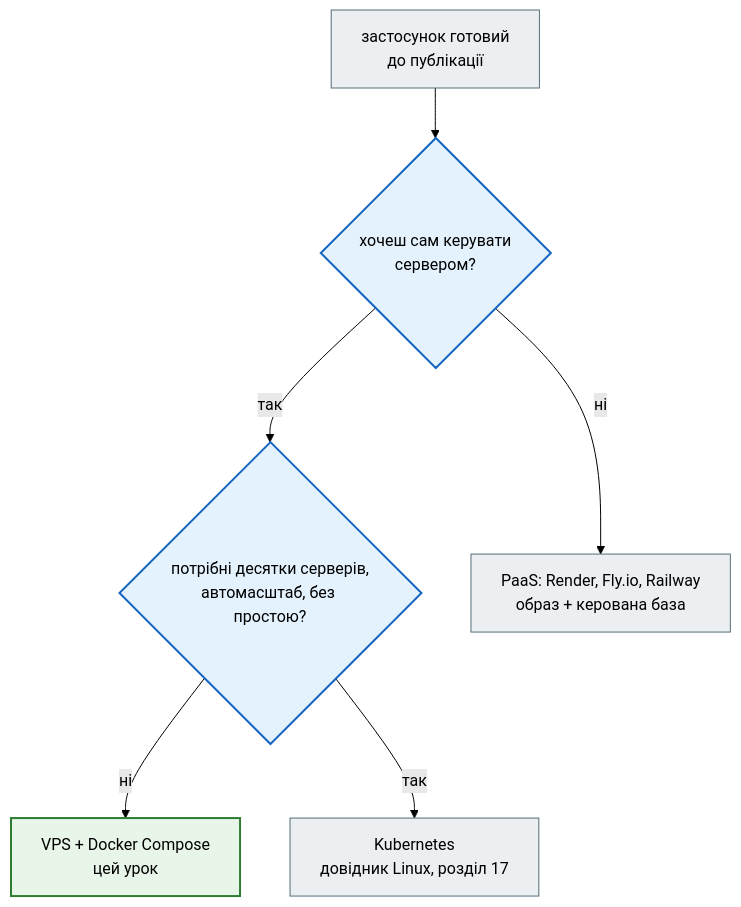
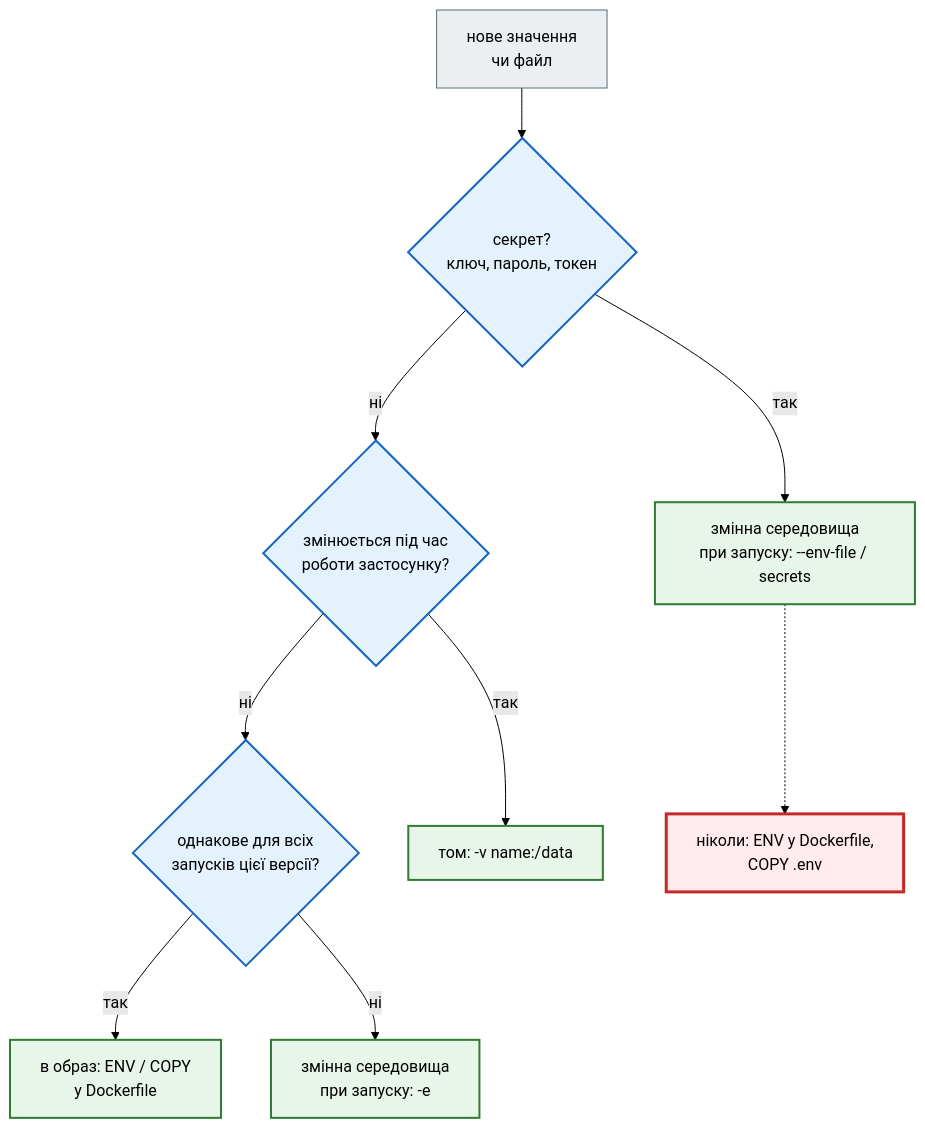
One commit to AlinaRadchenko/PY-Course-Victor-Nikoriak-22-09-2026 changed the fifth of 5 diagrams in docs/modules/m5/lesson_49.md. Above: the diagram before and after it, drawn with Mermaid (forest theme). The commit also changed other lines of this file and 1846 other files, not shown here.

````diff
--- a/docs/modules/m5/lesson_49.md
+++ b/docs/modules/m5/lesson_49.md
@@ -690,25 +536,32 @@
 ```mermaid
 flowchart TD
     classDef step     fill:#eceff1,stroke:#546e7a,stroke-width:1px;
     classDef decision fill:#e3f2fd,stroke:#1565c0,stroke-width:2px;
     classDef success  fill:#e8f5e9,stroke:#2e7d32,stroke-width:2px;
     classDef error    fill:#ffebee,stroke:#c62828,stroke-width:3px;
     classDef warning  fill:#fff8e1,stroke:#e65100,stroke-width:2px;
 
-    Q0["застосунок готовий<br>до публікації"]
-    Q1{"хочеш сам керувати<br>сервером?"}
-    Q2{"потрібні десятки серверів,<br>автомасштаб, без простою?"}
-    P["PaaS: Render, Fly.io, Railway<br>образ + керована база"]
-    C["VPS + Docker Compose<br>цей урок"]
-    K["Kubernetes<br>довідник Linux, розділ 17"]
+    Q0["нове значення<br>чи файл"]
+    Q1{"секрет?<br>ключ, пароль, токен"}
+    Q2{"однакове для всіх<br>запусків цієї версії?"}
+    Q3{"змінюється під час<br>роботи застосунку?"}
+    A1["змінна середовища<br>при запуску: --env-file / secrets"]
+    A2["в образ: ENV / COPY<br>у Dockerfile"]
+    A3["том: -v name:/data"]
+    A4["змінна середовища<br>при запуску: -e"]
+    X["ніколи: ENV у Dockerfile,<br>COPY .env"]
+
     Q0 --> Q1
-    Q1 -->|ні| P
-    Q1 -->|так| Q2
-    Q2 -->|ні| C
-    Q2 -->|так| K
+    Q1 -->|так| A1
+    A1 -.-> X
+    Q1 -->|ні| Q3
+    Q3 -->|так| A3
+    Q3 -->|ні| Q2
+    Q2 -->|так| A2
+    Q2 -->|ні| A4
 
     class Q0 step
-    class Q1,Q2 decision
-    class C success
-    class P,K step
+    class Q1,Q2,Q3 decision
+    class A1,A2,A3,A4 success
+    class X error
 ```
````
